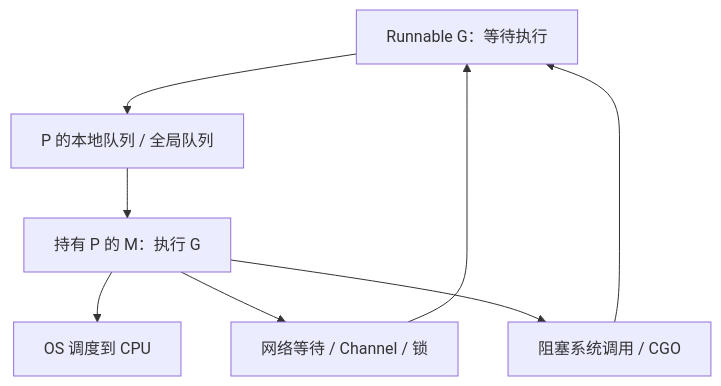
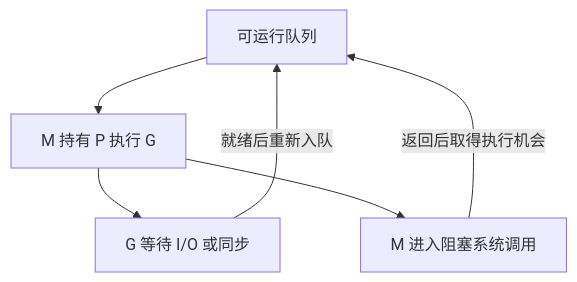
Before and after one commit to newswitch/newswitch.github.io: the diagram in docs/development/go/05-runtime/01-GMP调度Netpoll与系统调用.md, drawn with Mermaid. The commit also changed other lines of this file and 40 other files, not shown here.

````diff
--- a/docs/development/go/05-runtime/01-GMP调度Netpoll与系统调用.md
+++ b/docs/development/go/05-runtime/01-GMP调度Netpoll与系统调用.md
@@ -19,10 +31,8 @@
 ```mermaid
 flowchart TB
-    R["Runnable G：等待执行"] --> Q["P 的本地队列 / 全局队列"]
-    Q --> M["持有 P 的 M：执行 G"]
-    M --> CPU["OS 调度到 CPU"]
-    M --> W["网络等待 / Channel / 锁"]
-    W --> R
-    M --> S["阻塞系统调用 / CGO"]
-    S --> R
+    Q["可运行队列"] --> R["M 持有 P 执行 G"]
+    R --> W["G 等待 I/O 或同步"]
+    W -->|"就绪后重新入队"| Q
+    R --> S["M 进入阻塞系统调用"]
+    S -->|"返回后取得执行机会"| Q
 ```
````
